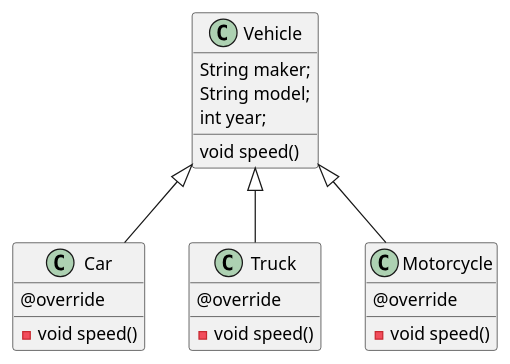
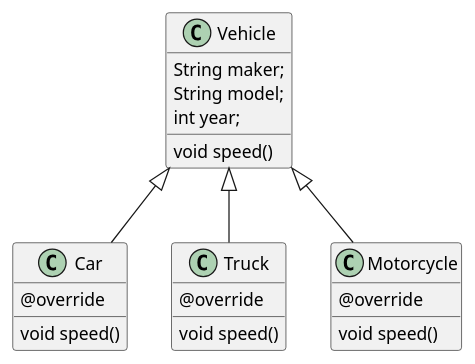
Before and after one commit to orm-camp-flutter-2ki/learn_dart_together: the diagram in lib/240312/Vehicle_diagram.puml, drawn with PlantUML. The commit also changed 5 other files, not shown here.

```diff
--- a/lib/240312/Vehicle_diagram.puml
+++ b/lib/240312/Vehicle_diagram.puml
@@ -2,26 +2,26 @@
 @startuml
 class Vehicle{
     String maker;
     String model;
     int year;
 void speed()
 }
 
 class Car extends Vehicle{
 @override
--void speed()
+void speed()
 
 }
 class Truck extends Vehicle{
 @override
--void speed()
+void speed()
 
 
 }
 class Motorcycle extends Vehicle{
 @override
--void speed()
+void speed()
 
 
 }
 @enduml
```
